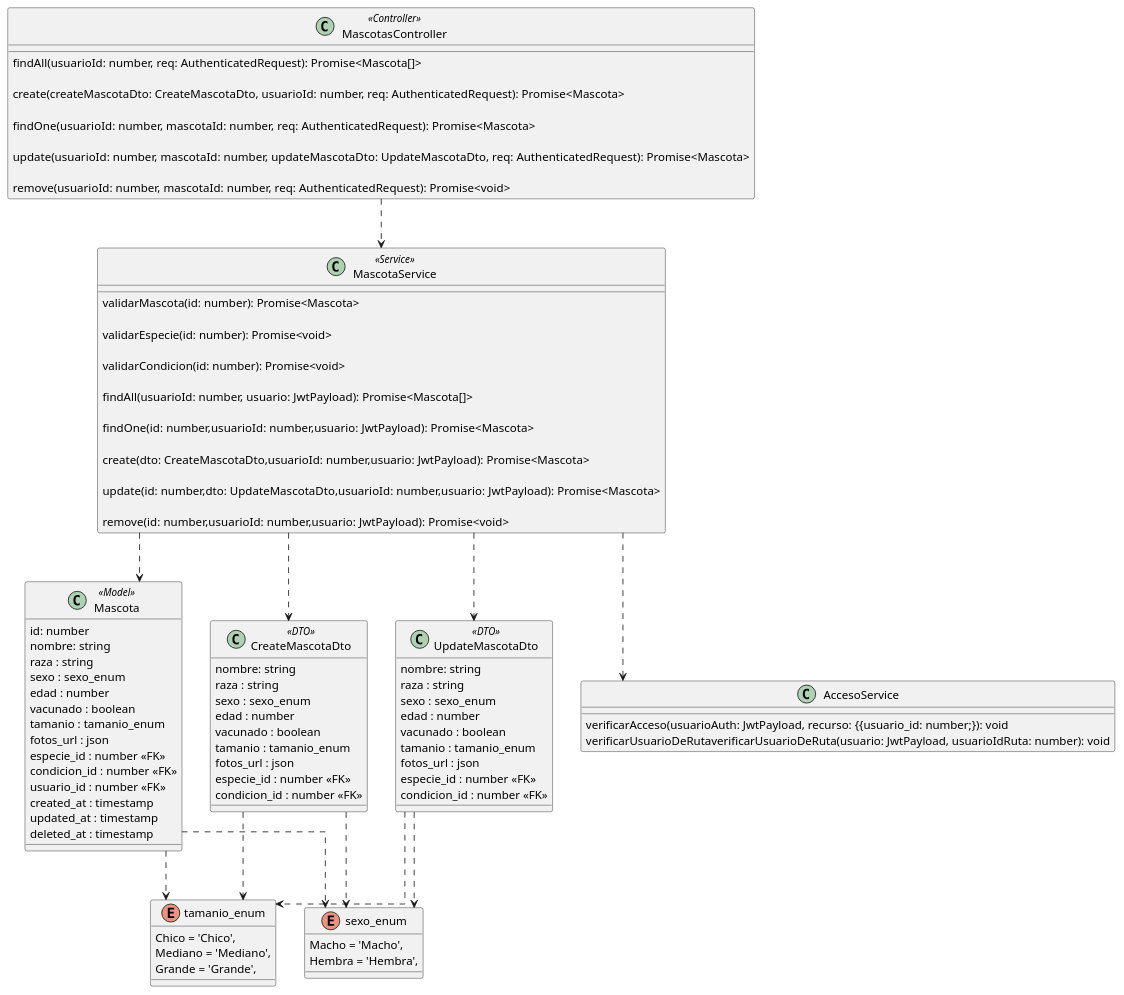
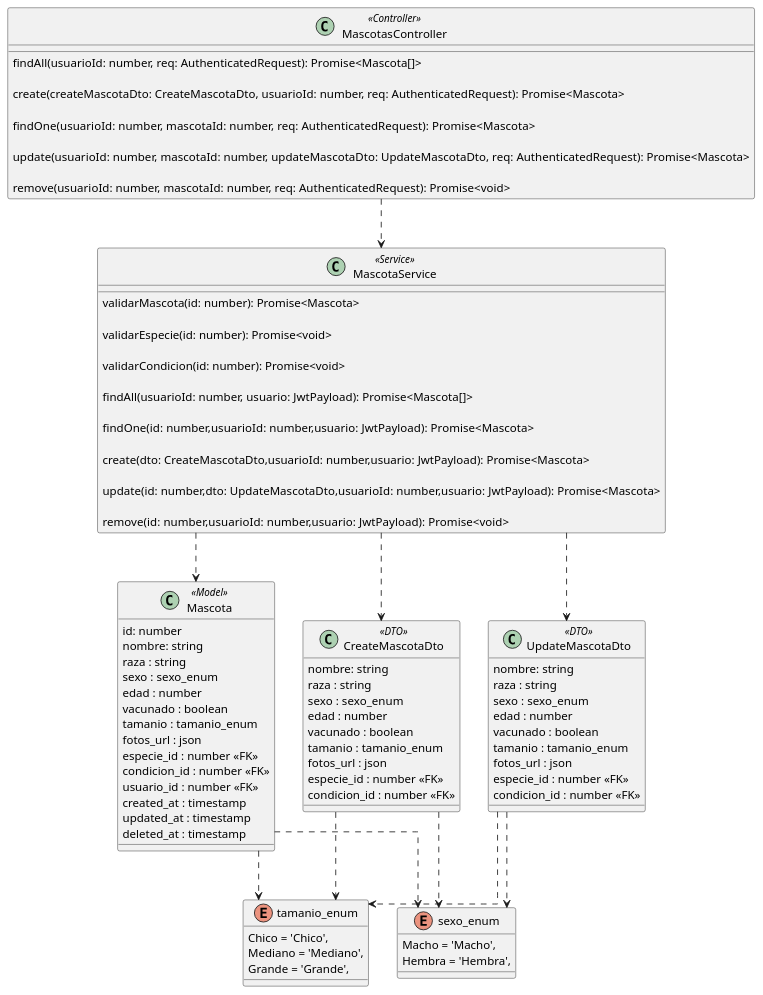
Before and after one commit to fedef1982/2025-TUP-Prog3-TP-Grupo2: the diagram in documentacion/diagramas/Diagramas de clases/diagrama_clase_mascota.puml, drawn with PlantUML. The commit also changed 9 other files, not shown here.

Commit message:
diagrams

```diff
--- a/documentacion/diagramas/Diagramas de clases/diagrama_clase_mascota.puml
+++ b/documentacion/diagramas/Diagramas de clases/diagrama_clase_mascota.puml
@@ -1,115 +1,107 @@
-@startuml AdoptAR
+@startuml Mascota
 
 skinparam Linetype ortho
 
 class Mascota <<Model>> {
   id: number 
   nombre: string
   raza : string
   sexo : sexo_enum
   edad : number
   vacunado : boolean
   tamanio : tamanio_enum
   fotos_url : json
   especie_id : number <<FK>>
   condicion_id : number <<FK>>
   usuario_id : number <<FK>>
   created_at : timestamp
   updated_at : timestamp
   deleted_at : timestamp
 }
 
 class CreateMascotaDto <<DTO>> {
   nombre: string
   raza : string
   sexo : sexo_enum
   edad : number
   vacunado : boolean
   tamanio : tamanio_enum
   fotos_url : json
   especie_id : number <<FK>>
   condicion_id : number <<FK>>
   }
 
 class UpdateMascotaDto <<DTO>>{
   nombre: string
   raza : string
   sexo : sexo_enum
   edad : number
   vacunado : boolean
   tamanio : tamanio_enum
   fotos_url : json
   especie_id : number <<FK>>
   condicion_id : number <<FK>>
   }
 
 class MascotasController <<Controller>> {
 
   '
   findAll(usuarioId: number, req: AuthenticatedRequest): Promise<Mascota[]>
 
   create(createMascotaDto: CreateMascotaDto, usuarioId: number, req: AuthenticatedRequest): Promise<Mascota>
 
   findOne(usuarioId: number, mascotaId: number, req: AuthenticatedRequest): Promise<Mascota>
 
   update(usuarioId: number, mascotaId: number, updateMascotaDto: UpdateMascotaDto, req: AuthenticatedRequest): Promise<Mascota>
 
   remove(usuarioId: number, mascotaId: number, req: AuthenticatedRequest): Promise<void>
   }
 
 class MascotaService <<Service>> {
 
 validarMascota(id: number): Promise<Mascota>
 
 validarEspecie(id: number): Promise<void>
 
 validarCondicion(id: number): Promise<void> 
 
 findAll(usuarioId: number, usuario: JwtPayload): Promise<Mascota[]>
 
 findOne(id: number,usuarioId: number,usuario: JwtPayload): Promise<Mascota> 
 
 create(dto: CreateMascotaDto,usuarioId: number,usuario: JwtPayload): Promise<Mascota> 
 
 update(id: number,dto: UpdateMascotaDto,usuarioId: number,usuario: JwtPayload): Promise<Mascota> 
 
 remove(id: number,usuarioId: number,usuario: JwtPayload): Promise<void> 
 
 }
 
 enum tamanio_enum{
   Chico = 'Chico',
   Mediano = 'Mediano',
   Grande = 'Grande',
 }
 enum sexo_enum{
   Macho = 'Macho',
   Hembra = 'Hembra',
 }
 
-class AccesoService{
-
-    verificarAcceso(usuarioAuth: JwtPayload, recurso: {{usuario_id: number;}): void    
-    
-    verificarUsuarioDeRutaverificarUsuarioDeRuta(usuario: JwtPayload, usuarioIdRuta: number): void
-
-}
-
 /' Relaciones '/
 MascotasController ..> MascotaService 
 MascotaService ..> CreateMascotaDto 
 MascotaService ..> UpdateMascotaDto 
 MascotaService ..> Mascota 
 
 Mascota  ..> tamanio_enum
 Mascota  ..> sexo_enum
 
 UpdateMascotaDto ..> tamanio_enum
 UpdateMascotaDto ..> sexo_enum
 
 CreateMascotaDto ..> tamanio_enum
 CreateMascotaDto ..> sexo_enum
 
-MascotaService ..> AccesoService
+'MascotaService ..> AccesoService
 
 @enduml
```
